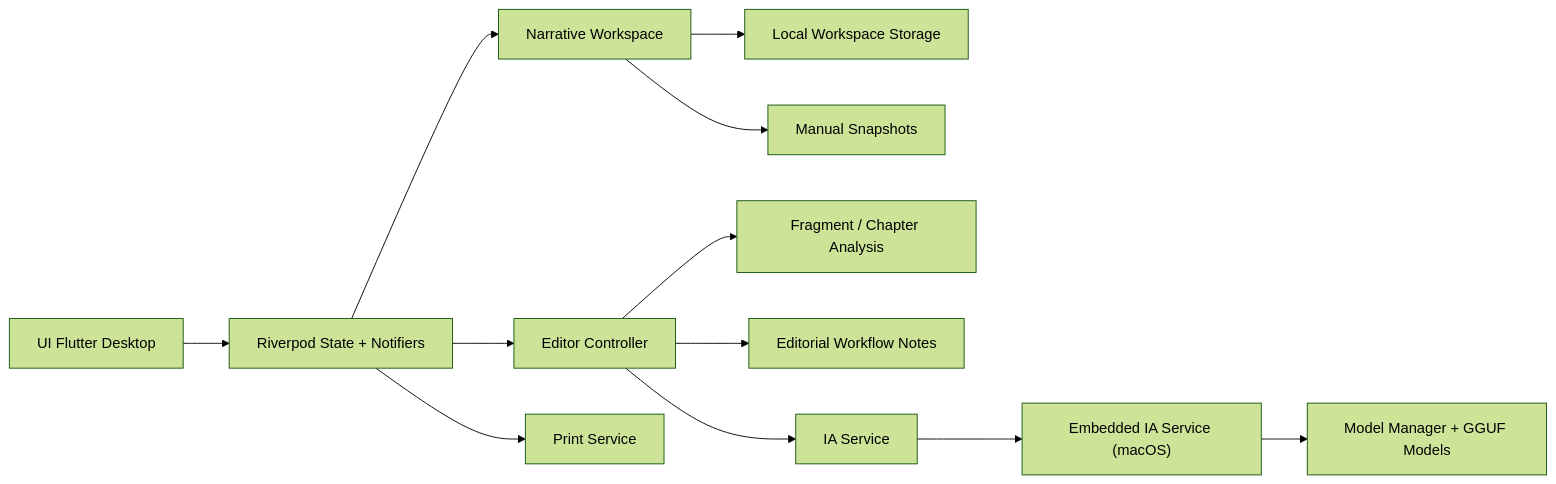
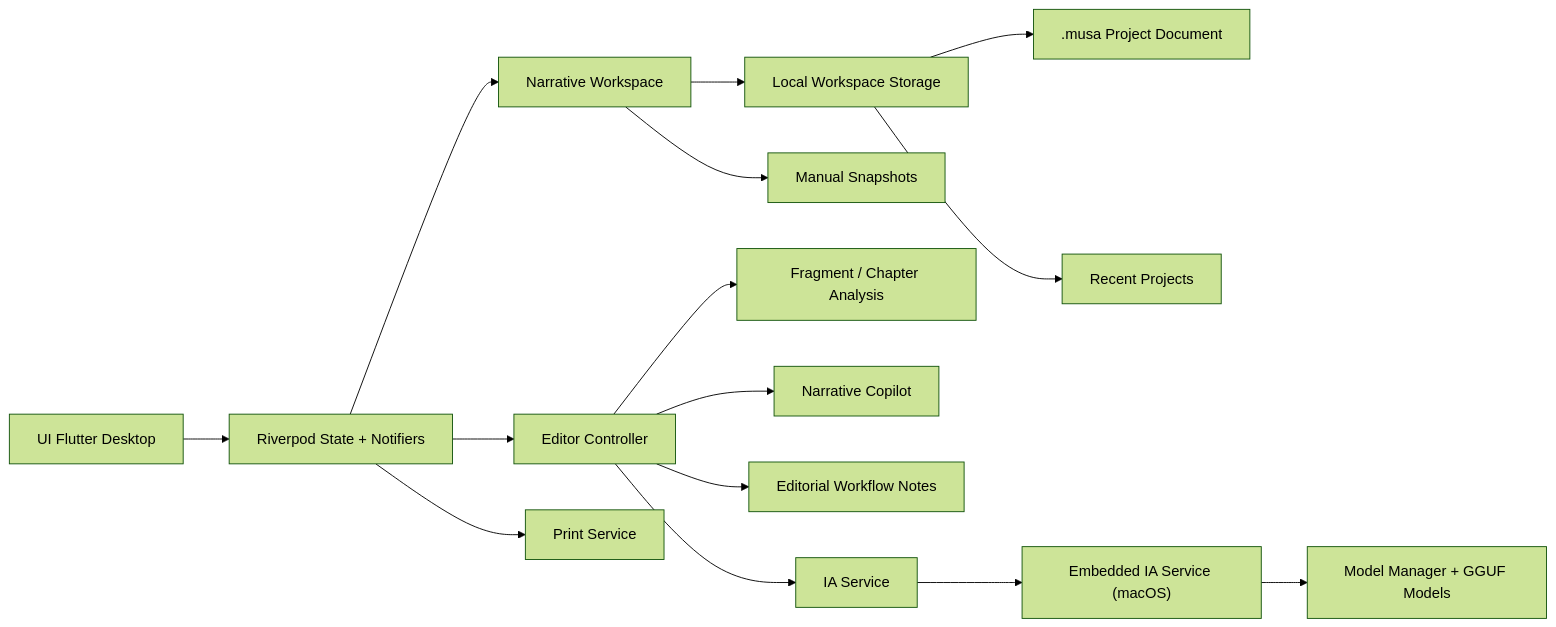
The first of 3 diagrams in README.md (Pacovalgor/MUSA), drawn with Mermaid (forest theme) before and after one commit. The commit also changed other lines of this file and 25 other files, not shown here.

Commit message:
Add narrative copilot and project files

````diff
--- a/README.md
+++ b/README.md
@@ -87,14 +90,17 @@
 ```mermaid
 flowchart LR
     UI["UI Flutter Desktop"] --> State["Riverpod State + Notifiers"]
     State --> Workspace["Narrative Workspace"]
     Workspace --> Storage["Local Workspace Storage"]
+    Storage --> Project[".musa Project Document"]
+    Storage --> Recent["Recent Projects"]
     State --> Editor["Editor Controller"]
     Editor --> Analysis["Fragment / Chapter Analysis"]
+    Editor --> Copilot["Narrative Copilot"]
     Editor --> Workflow["Editorial Workflow Notes"]
     Editor --> IA["IA Service"]
     IA --> Embedded["Embedded IA Service (macOS)"]
     Embedded --> Models["Model Manager + GGUF Models"]
     State --> Print["Print Service"]
     Workspace --> Snapshots["Manual Snapshots"]
 ```
````
